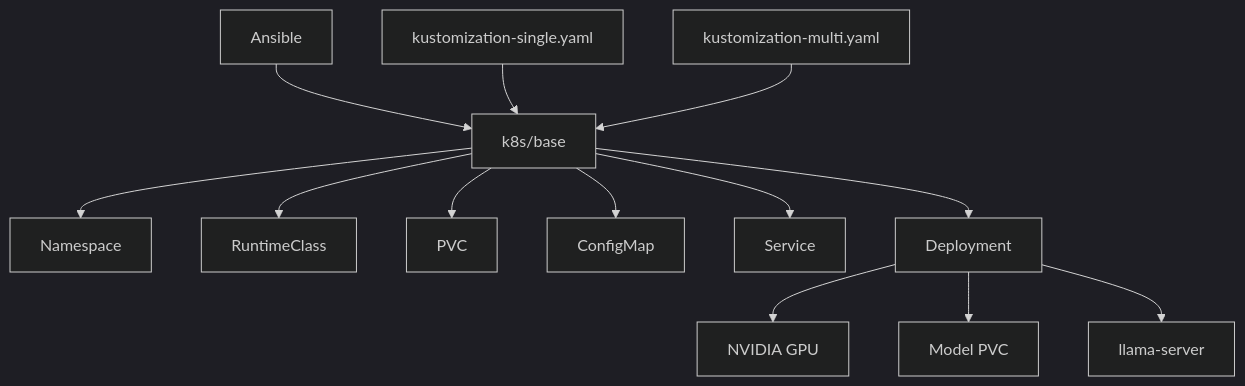
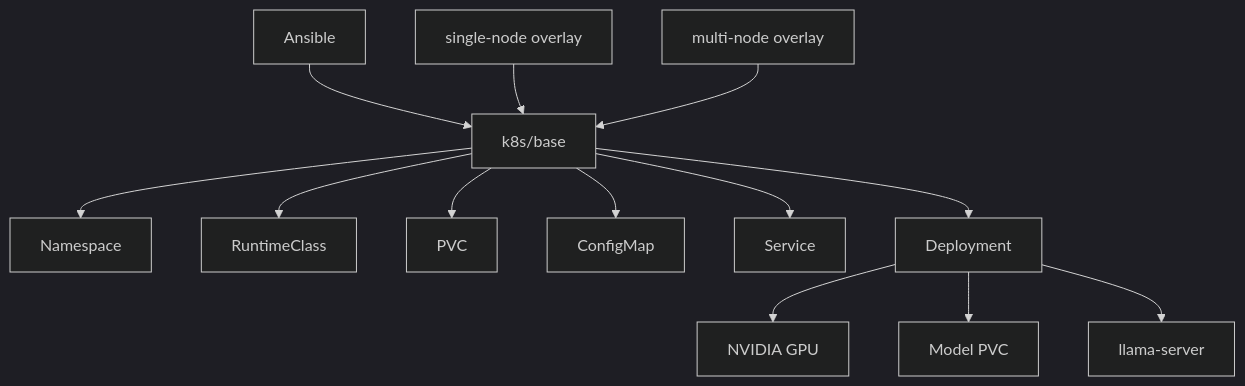
One commit to zackshal/llama-k8s changed the third of 4 diagrams in README.md. Above: the diagram before and after it, drawn with Mermaid (dark theme). The commit also changed other lines of this file, not shown here.

````diff
--- a/README.md
+++ b/README.md
@@ -213,17 +184,15 @@
 ```mermaid
 flowchart TD
     A[Ansible] --> B[k8s/base]
     B --> C[Namespace]
     B --> D[RuntimeClass]
     B --> E[PVC]
     B --> F[ConfigMap]
     B --> G[Service]
     B --> H[Deployment]
-
-    I[kustomization-single.yaml] --> B
-    J[kustomization-multi.yaml] --> B
-
+    I[single-node overlay] --> B
+    J[multi-node overlay] --> B
     H --> K[NVIDIA GPU]
     H --> L[Model PVC]
     H --> M[llama-server]
 ```
````
